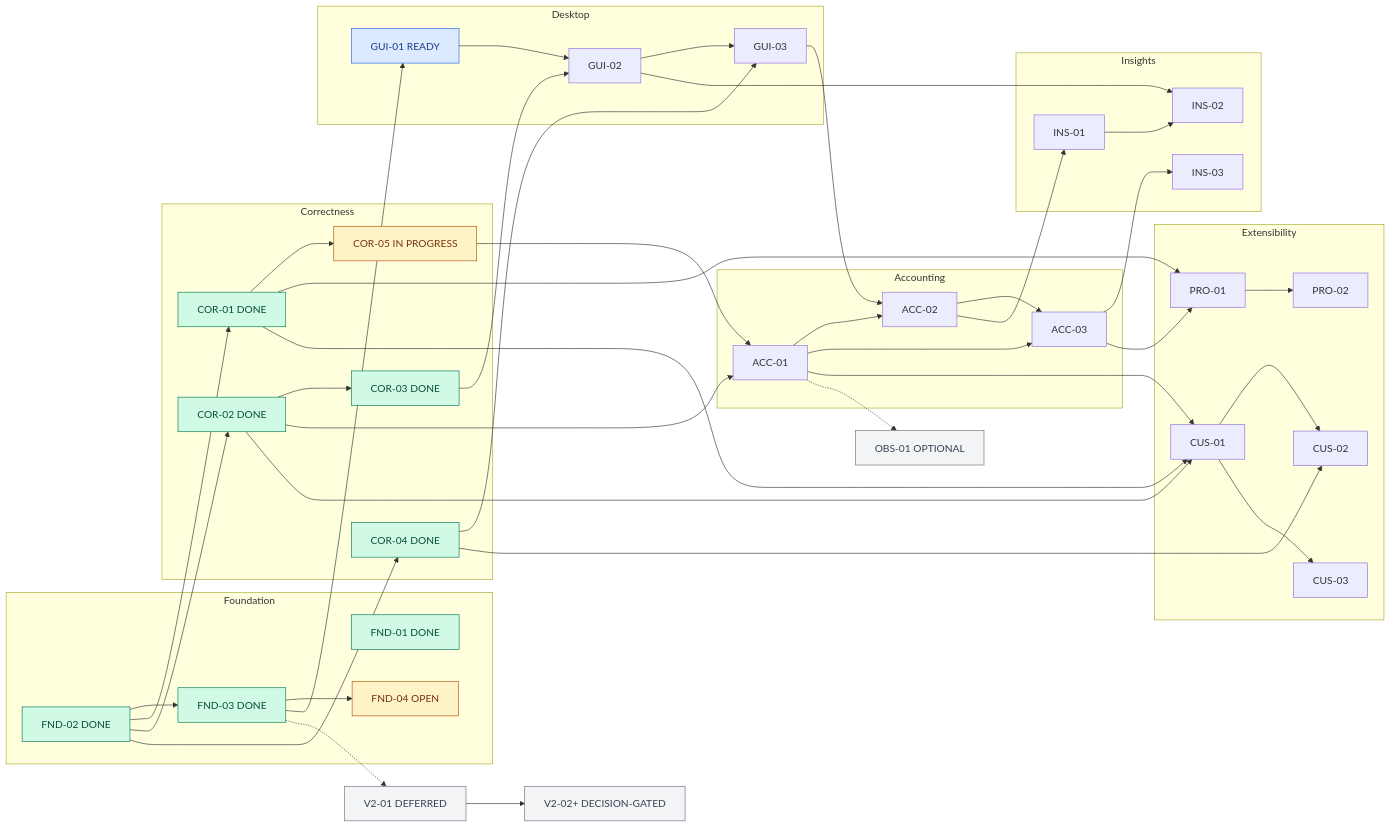
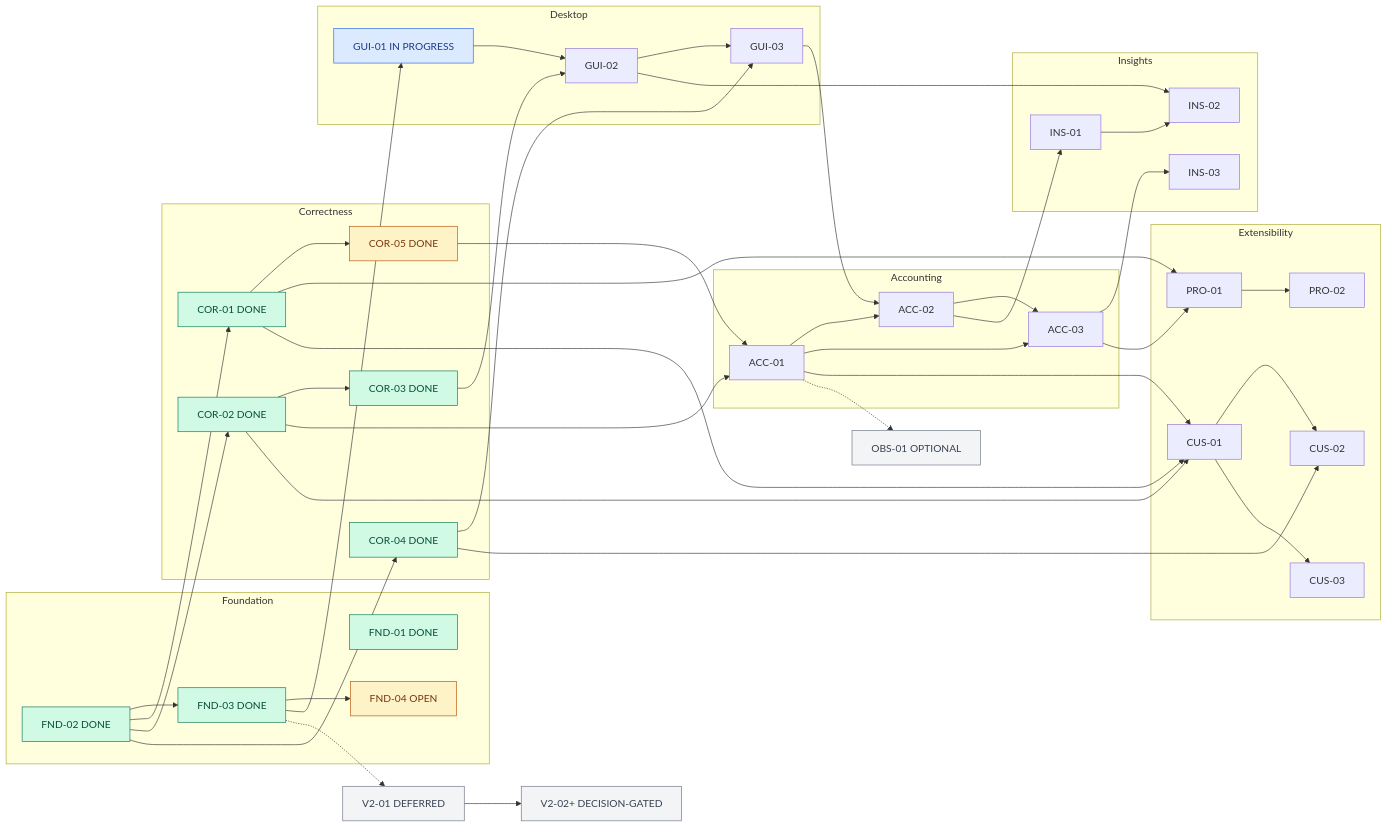
Before and after one commit to thanhndv212/opencode-quota: the second of 2 diagrams in UPSTREAM_DELIVERY_PLAN.md, drawn with Mermaid. The commit also changed other lines of this file and 13 other files, not shown here.

````diff
--- a/UPSTREAM_DELIVERY_PLAN.md
+++ b/UPSTREAM_DELIVERY_PLAN.md
@@ -174,58 +176,58 @@
 ```mermaid
 flowchart LR
   subgraph Foundation
     F01["FND-01 DONE"]
     F02["FND-02 DONE"] --> F03["FND-03 DONE"]
     F03 --> F04["FND-04 OPEN"]
   end
   subgraph Correctness
     F02 --> C01["COR-01 DONE"]
     F02 --> C02["COR-02 DONE"]
     C02 --> C03["COR-03 DONE"]
     F02 --> C04["COR-04 DONE"]
-    C01 --> C05["COR-05 IN PROGRESS"]
+    C01 --> C05["COR-05 DONE"]
   end
   subgraph Desktop
-    F03 --> G01["GUI-01 READY"]
+    F03 --> G01["GUI-01 IN PROGRESS"]
     G01 --> G02["GUI-02"]
     C03 --> G02
     G02 --> G03["GUI-03"]
     C04 --> G03
   end
   subgraph Accounting
     C02 --> A01["ACC-01"]
     C05 --> A01
     A01 --> A02["ACC-02"]
     G03 --> A02
     A01 --> A03["ACC-03"]
     A02 --> A03
   end
   subgraph Insights
     A02 --> I01["INS-01"]
     I01 --> I02["INS-02"]
     G02 --> I02
     A03 --> I03["INS-03"]
   end
   subgraph Extensibility
     A03 --> P01["PRO-01"]
     C01 --> P01
     P01 --> P02["PRO-02"]
     A01 --> U01["CUS-01"]
     C01 --> U01
     C02 --> U01
     U01 --> U02["CUS-02"]
     C04 --> U02
     U01 --> U03["CUS-03"]
   end
   A01 -.-> O01["OBS-01 OPTIONAL"]
   F03 -.-> V01["V2-01 DEFERRED"]
   V01 --> V02["V2-02+ DECISION-GATED"]
   classDef done fill:#d1fae5,stroke:#047857,color:#064e3b;
   classDef active fill:#fef3c7,stroke:#b45309,color:#78350f;
   classDef ready fill:#dbeafe,stroke:#2563eb,color:#1e3a8a;
   classDef optional fill:#f3f4f6,stroke:#6b7280,color:#374151;
   class F01,F02,F03,C01,C02,C03,C04 done;
   class F04,C05 active;
   class G01 ready;
   class O01,V01,V02 optional;
 ```
````
